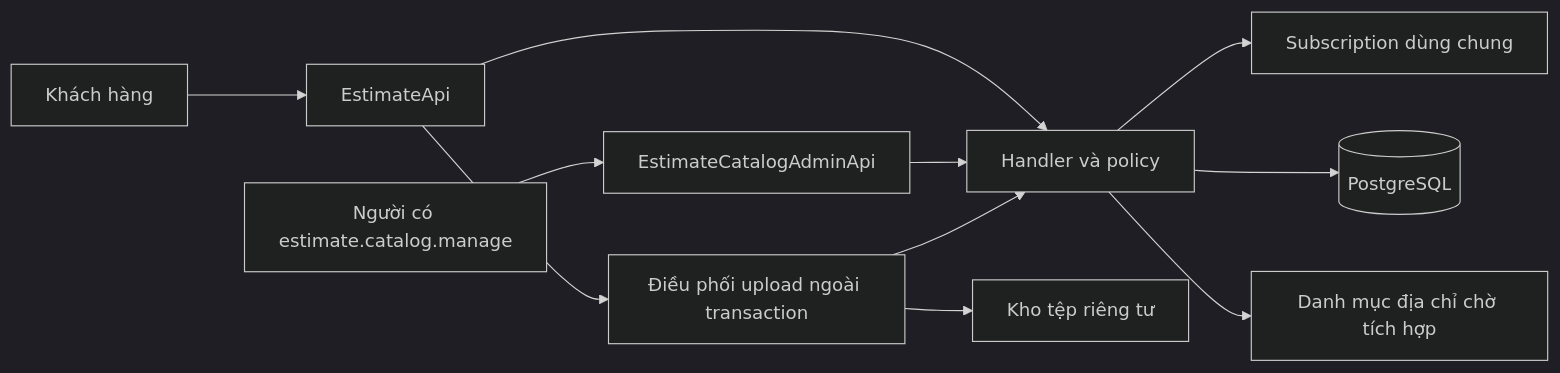
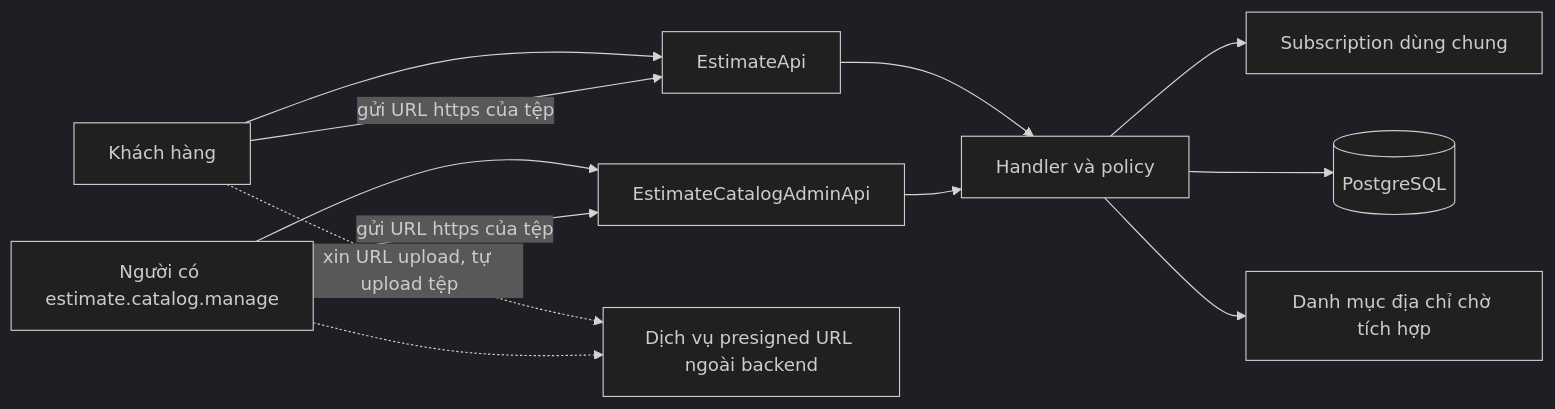
Before and after one commit to TaskCoper/bmt-documentation: the first of 5 diagrams in tdd/TDD-PROJ-001.md, drawn with Mermaid (dark theme). The commit also changed other lines of this file and 14 other files, not shown here.

````diff
--- a/tdd/TDD-PROJ-001.md
+++ b/tdd/TDD-PROJ-001.md
@@ -95,13 +98,14 @@
 ```mermaid
 flowchart LR
     C[Khách hàng] --> A[EstimateApi]
     M[Người có estimate.catalog.manage] --> B[EstimateCatalogAdminApi]
     A --> H[Handler và policy]
     B --> H
     H --> Q[Subscription dùng chung]
     H --> D[(PostgreSQL)]
     H --> L[Danh mục địa chỉ chờ tích hợp]
-    A --> F[Điều phối upload ngoài transaction]
-    F --> S[Kho tệp riêng tư]
-    F --> H
+    C -.->|xin URL upload, tự upload tệp| P[Dịch vụ presigned URL ngoài backend]
+    M -.-> P
+    C -->|gửi URL https của tệp| A
+    M -->|gửi URL https của tệp| B
 ```
````
